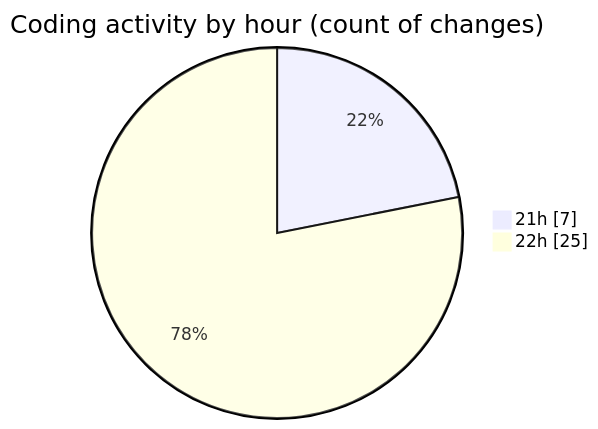
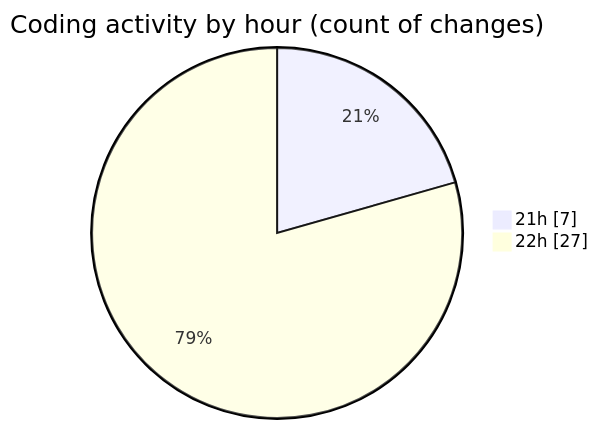
The second of 2 diagrams in 2025-08-16/studybuddy/README.md (lephambinh05/code-tracking), drawn with Mermaid before and after one commit. The commit also changed other lines of this file and 1 other file, not shown here.

````diff
--- a/2025-08-16/studybuddy/README.md
+++ b/2025-08-16/studybuddy/README.md
@@ -36,6 +37,6 @@
 ```mermaid
 pie showData
 title Coding activity by hour (count of changes)
 "21h" : 7
-"22h" : 25
+"22h" : 27
 ```
````
